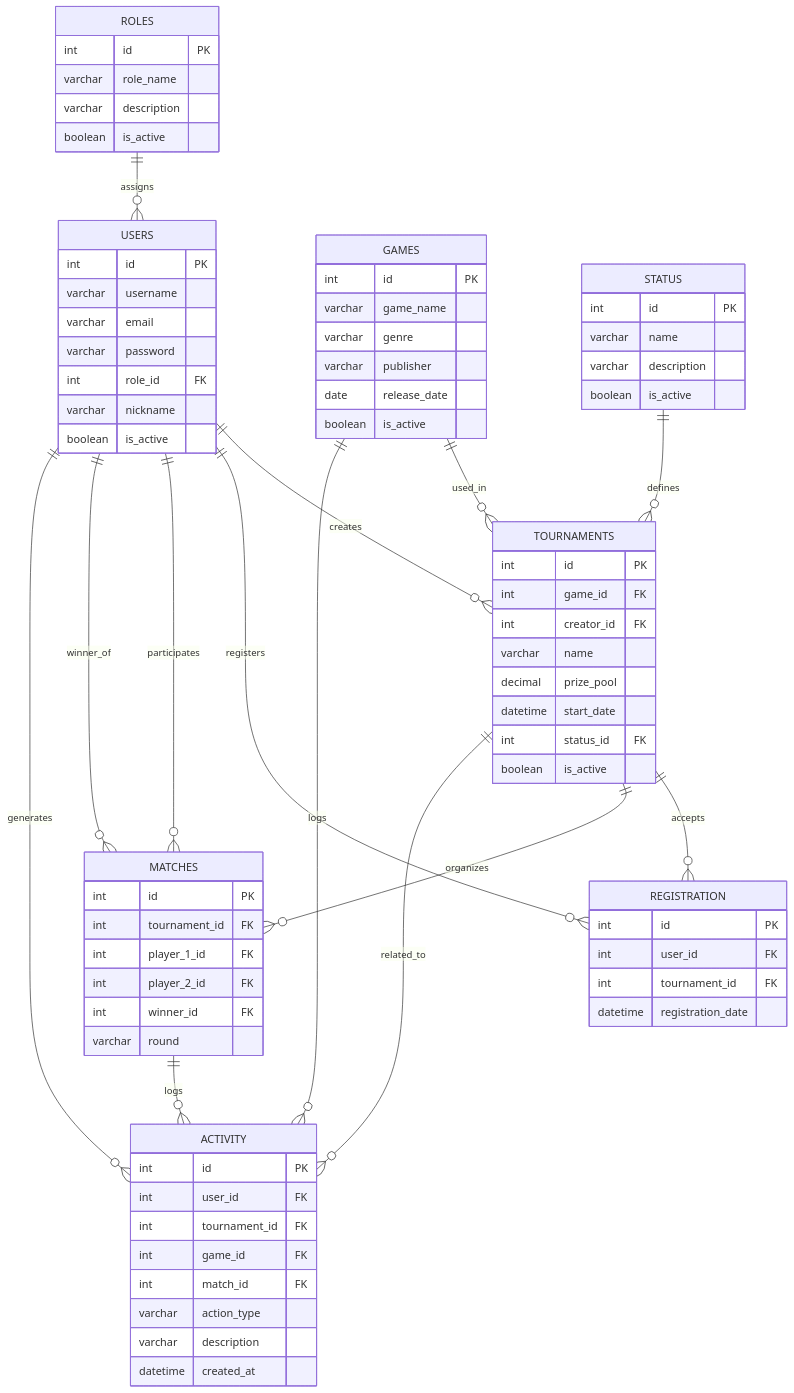
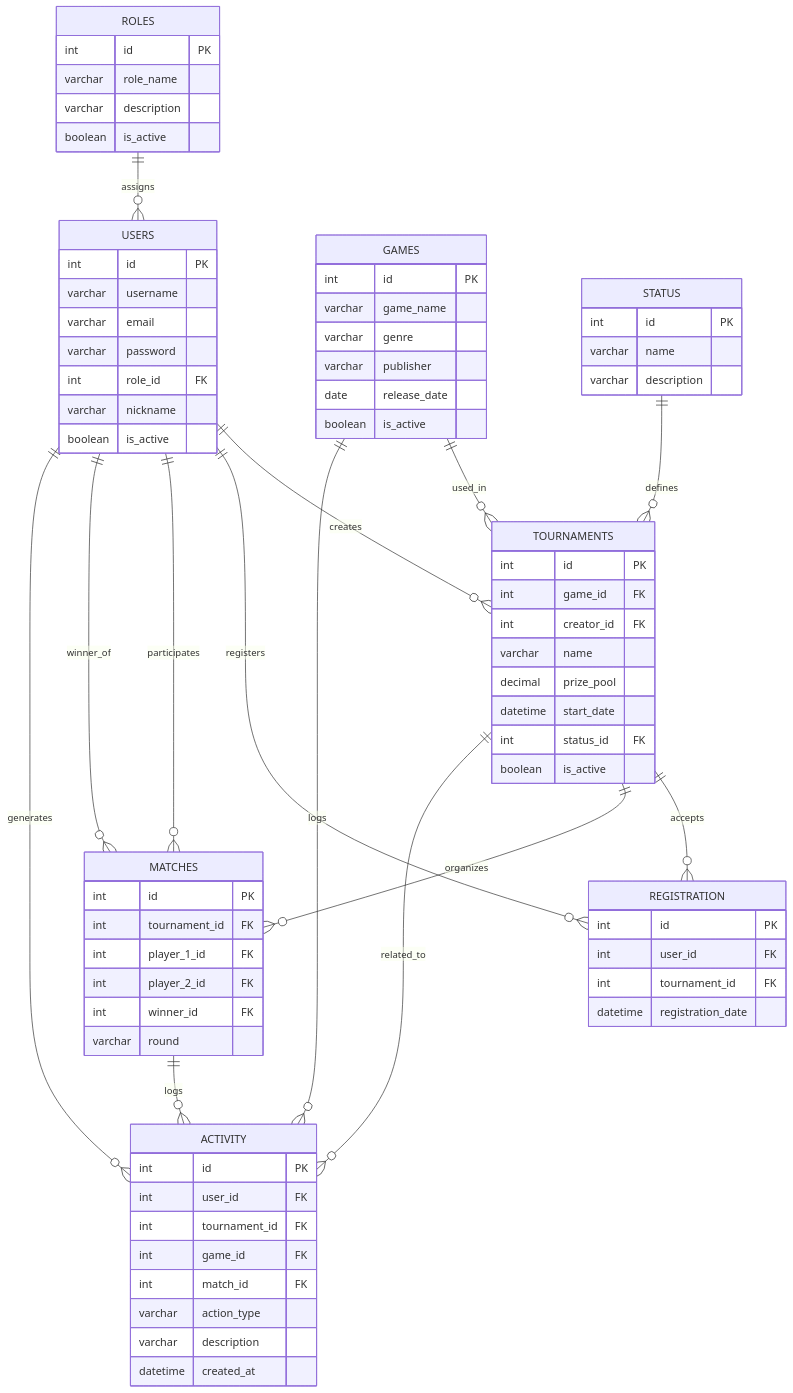
The diagram in docs/erd_diagram.md (olazocaamano/VideoGames-Tournament), drawn with Mermaid before and after one commit. The commit also changed 21 other files, not shown here.

```diff
--- a/docs/erd_diagram.md
+++ b/docs/erd_diagram.md
@@ -80,7 +80,6 @@
         int id PK
         varchar name
         varchar description
-        boolean is_active
     }
 
     ROLES {
```
